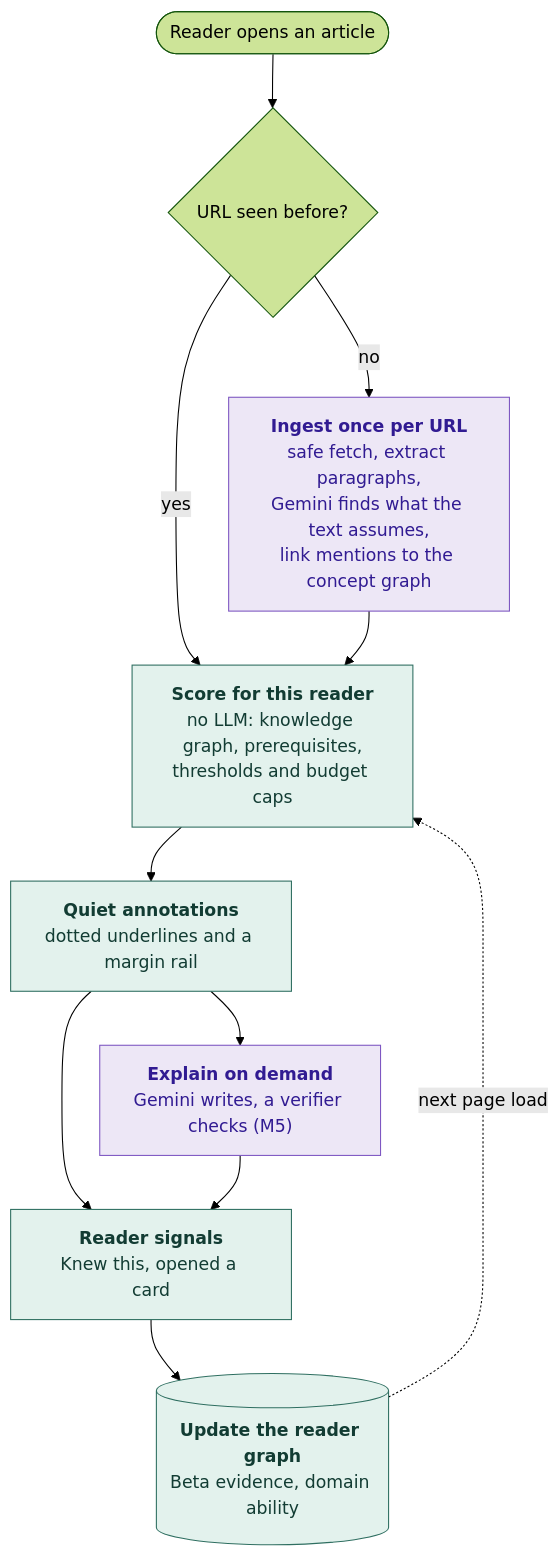
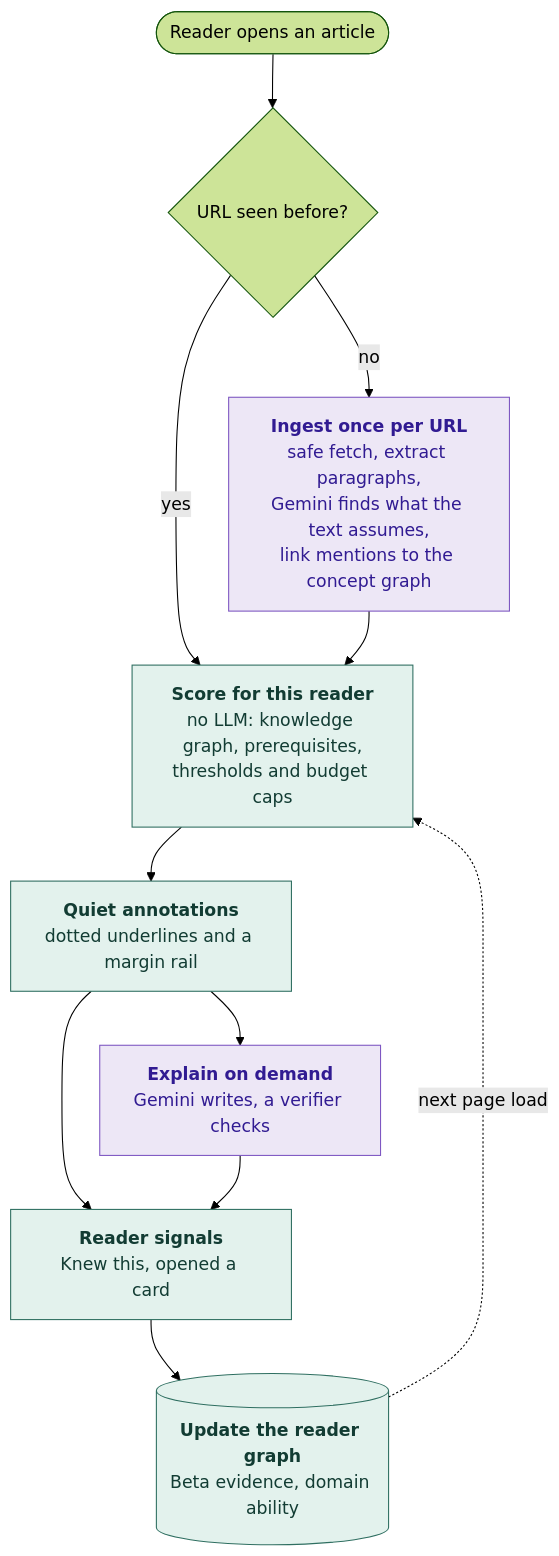
Before and after one commit to SOURABHMISHRA5221/readlayer: the first of 2 diagrams in README.md, drawn with Mermaid (forest theme). The commit also changed other lines of this file and 1 other file, not shown here.

````diff
--- a/README.md
+++ b/README.md
@@ -51,18 +70,18 @@
 ```mermaid
 flowchart TB
     open(["Reader opens an article"]) --> known{"URL seen before?"}
     known -- "no" --> ingest["<b>Ingest once per URL</b><br/>safe fetch, extract paragraphs,<br/>Gemini finds what the text assumes,<br/>link mentions to the concept graph"]
     known -- "yes" --> score
     ingest --> score["<b>Score for this reader</b><br/>no LLM: knowledge graph, prerequisites,<br/>thresholds and budget caps"]
     score --> notes["<b>Quiet annotations</b><br/>dotted underlines and a margin rail"]
-    notes --> explain["<b>Explain on demand</b><br/>Gemini writes, a verifier checks (M5)"]
+    notes --> explain["<b>Explain on demand</b><br/>Gemini writes, a verifier checks"]
     notes --> signals["<b>Reader signals</b><br/>Knew this, opened a card"]
     explain --> signals
     signals --> rgraph[("<b>Update the reader graph</b><br/>Beta evidence, domain ability")]
     rgraph -. "next page load" .-> score
 
     classDef llm fill:#ede7f6,stroke:#7e57c2,color:#311b92
     classDef nollm fill:#e3f2ed,stroke:#2f6f61,color:#123c33
     class ingest,explain llm
     class score,notes,signals,rgraph nollm
 ```
````
